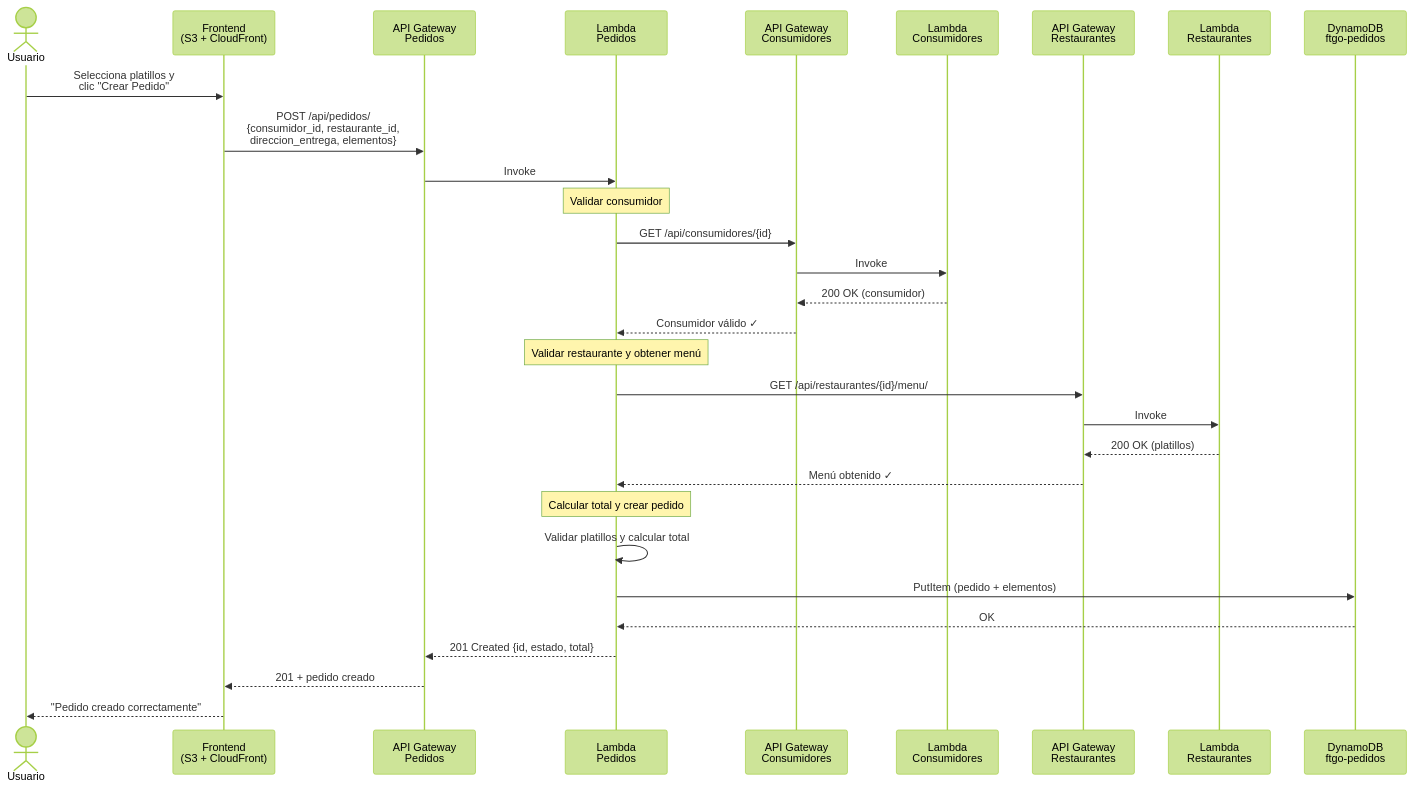
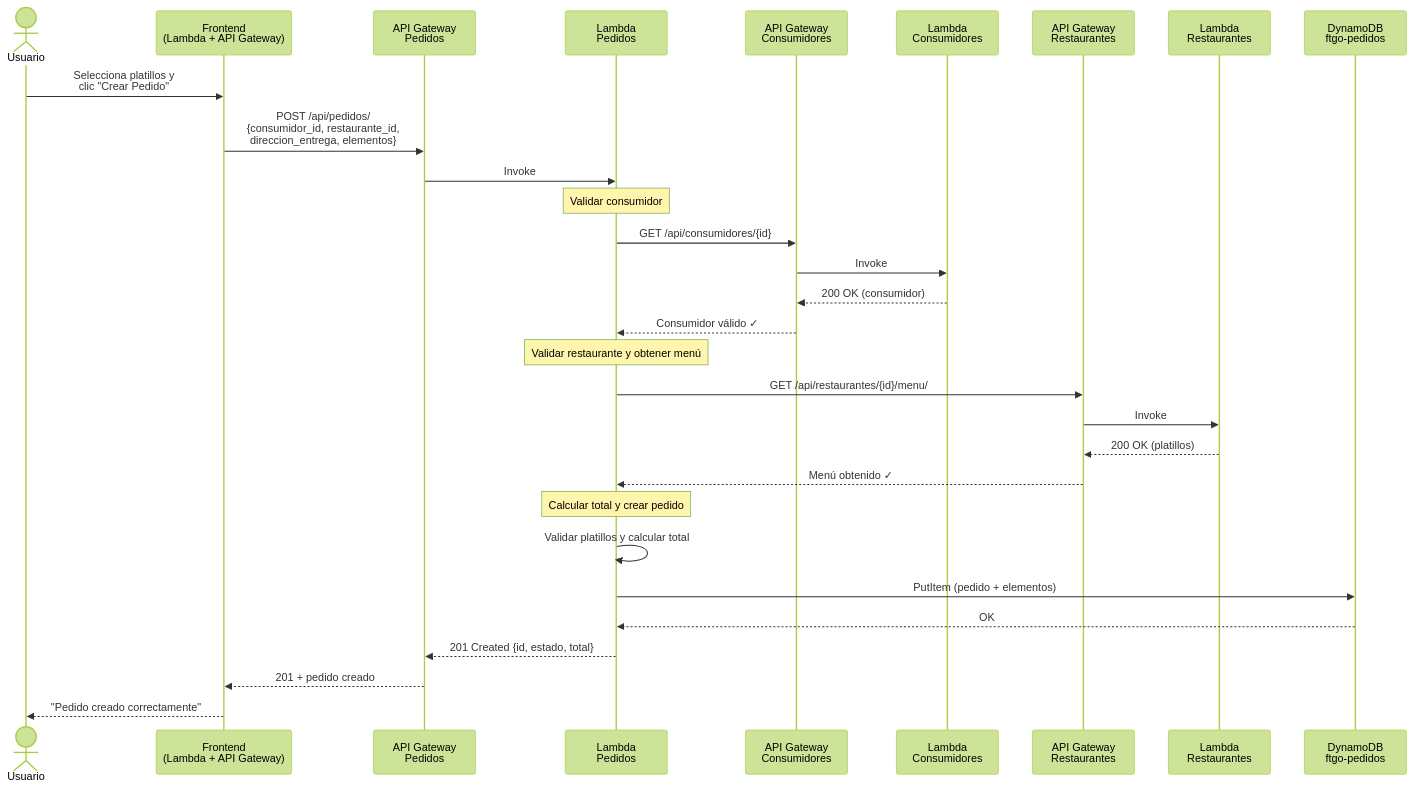
The seventh of 10 diagrams in ftgo-microservicios/DESIGN.md (gusdelact/meetup27Abril2026), drawn with Mermaid (forest theme) before and after one commit. The commit also changed other lines of this file and 8 other files, not shown here.

````diff
--- a/ftgo-microservicios/DESIGN.md
+++ b/ftgo-microservicios/DESIGN.md
@@ -619,38 +615,38 @@
 ```mermaid
 sequenceDiagram
     actor Usuario
-    participant FE as Frontend<br/>(S3 + CloudFront)
+    participant FE as Frontend<br/>(Lambda + API Gateway)
     participant APIGW_P as API Gateway<br/>Pedidos
     participant LBD_P as Lambda<br/>Pedidos
     participant APIGW_C as API Gateway<br/>Consumidores
     participant LBD_C as Lambda<br/>Consumidores
     participant APIGW_R as API Gateway<br/>Restaurantes
     participant LBD_R as Lambda<br/>Restaurantes
     participant DDB_P as DynamoDB<br/>ftgo-pedidos
 
     Usuario->>FE: Selecciona platillos y<br/>clic "Crear Pedido"
     FE->>APIGW_P: POST /api/pedidos/<br/>{consumidor_id, restaurante_id,<br/>direccion_entrega, elementos}
     APIGW_P->>LBD_P: Invoke
 
     Note over LBD_P: Validar consumidor
     LBD_P->>APIGW_C: GET /api/consumidores/{id}
     APIGW_C->>LBD_C: Invoke
     LBD_C-->>APIGW_C: 200 OK (consumidor)
     APIGW_C-->>LBD_P: Consumidor válido ✓
 
     Note over LBD_P: Validar restaurante y obtener menú
     LBD_P->>APIGW_R: GET /api/restaurantes/{id}/menu/
     APIGW_R->>LBD_R: Invoke
     LBD_R-->>APIGW_R: 200 OK (platillos)
     APIGW_R-->>LBD_P: Menú obtenido ✓
 
     Note over LBD_P: Calcular total y crear pedido
     LBD_P->>LBD_P: Validar platillos y calcular total
 
     LBD_P->>DDB_P: PutItem (pedido + elementos)
     DDB_P-->>LBD_P: OK
 
     LBD_P-->>APIGW_P: 201 Created {id, estado, total}
     APIGW_P-->>FE: 201 + pedido creado
     FE-->>Usuario: "Pedido creado correctamente"
 ```
````
